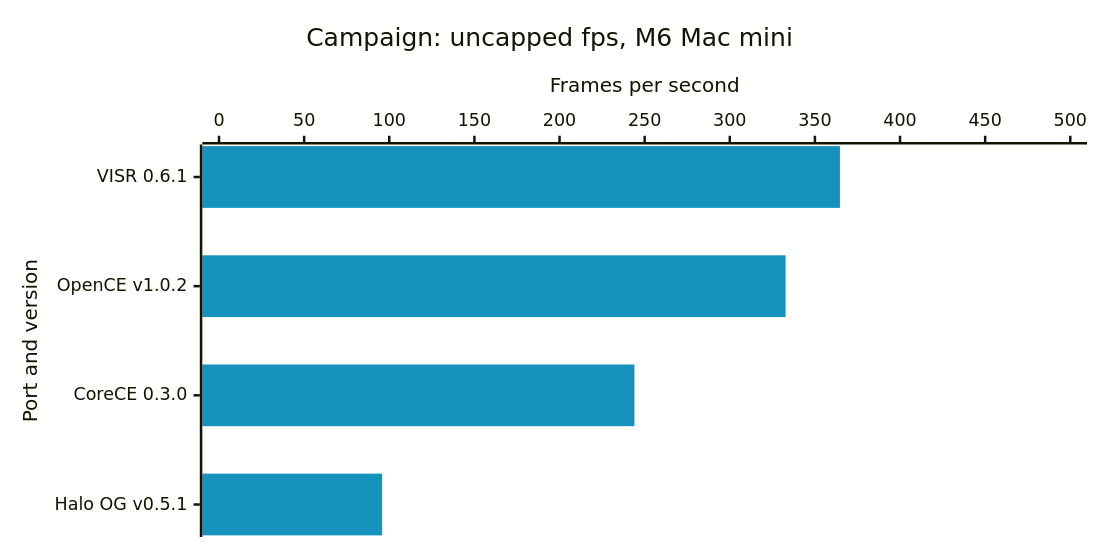
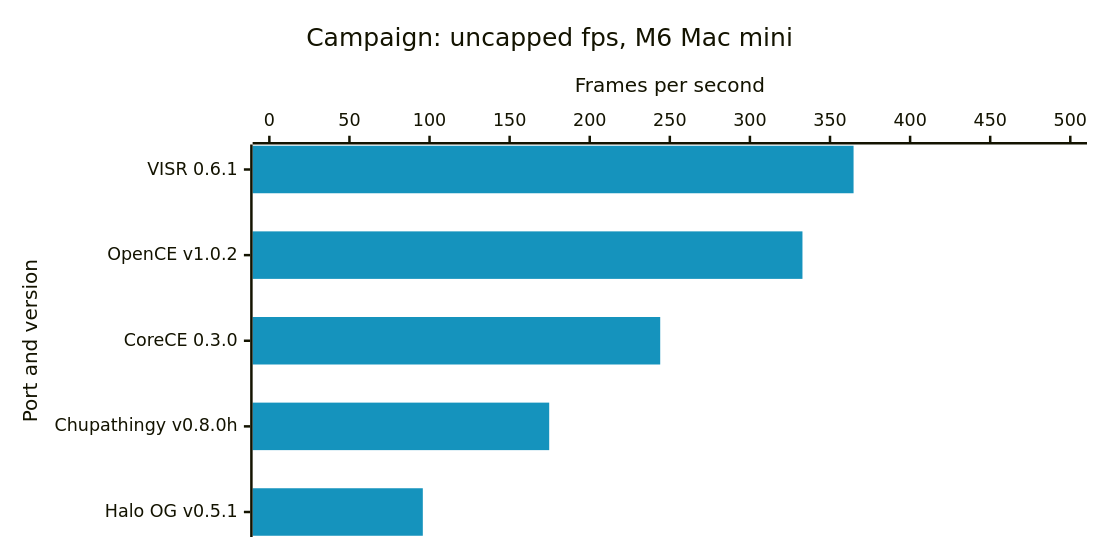
Before and after one commit to steverice/halo-ce-ios: the first of 4 diagrams in docs/benchmarks.md, drawn with Mermaid. The commit also changed other lines of this file and 7 other files, not shown here.

````diff
--- a/docs/benchmarks.md
+++ b/docs/benchmarks.md
@@ -17,16 +17,16 @@
 ```mermaid
 ---
 config:
   xyChart:
     width: 860
     height: 420
   themeVariables:
     xyChart:
       plotColorPalette: "#1593bd, #c8870a"
 ---
 xychart-beta horizontal
     title "Campaign: uncapped fps, M6 Mac mini"
-    x-axis "Port and version" ["VISR 0.6.1", "OpenCE v1.0.2", "CoreCE 0.3.0", "Halo OG v0.5.1"]
+    x-axis "Port and version" ["VISR 0.6.1", "OpenCE v1.0.2", "CoreCE 0.3.0", "Chupathingy v0.8.0h", "Halo OG v0.5.1"]
     y-axis "Frames per second" 0 --> 500
-    bar [364.7, 332.8, 244, 95.8]
+    bar [364.7, 332.8, 244, 174.7, 95.8]
 ```
````
